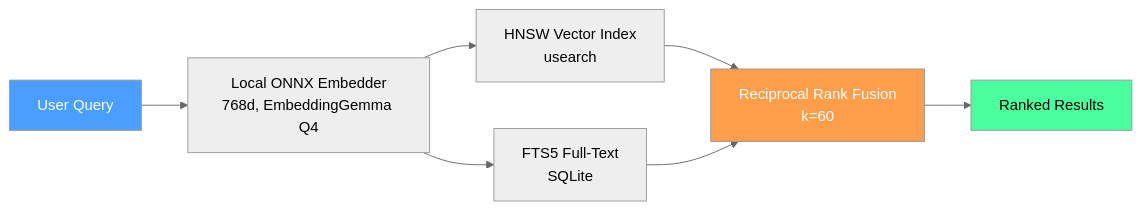
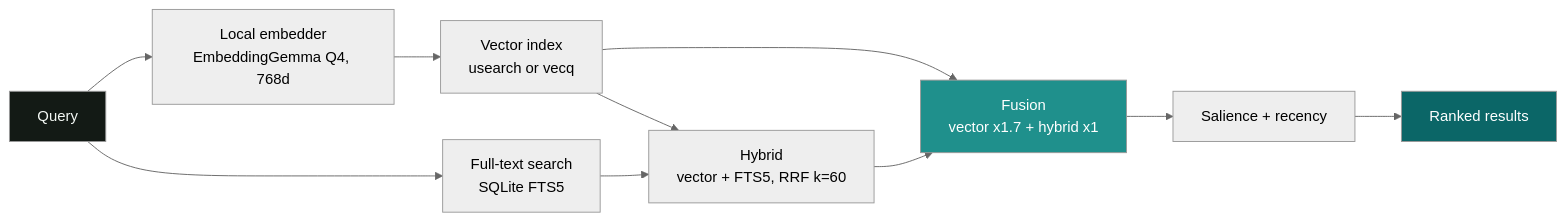
One commit to zqf20096327/dbhub_collect changed the diagram in data/readmes/codecoradev__uteke.md. Above: the diagram before and after it, drawn with Mermaid (neutral theme). The commit also changed other lines of this file and 816 other files, not shown here.

````diff
--- a/data/readmes/codecoradev__uteke.md
+++ b/data/readmes/codecoradev__uteke.md
@@ -231,13 +273,16 @@
 ```mermaid
 graph LR
-    Input[User Query] --> Embed[Local ONNX Embedder<br/>768d, EmbeddingGemma Q4]
-    Embed --> HNSW[HNSW Vector Index<br/>usearch]
-    Embed --> FTS5[FTS5 Full-Text<br/>SQLite]
-    HNSW --> RRF[Reciprocal Rank Fusion<br/>k=60]
-    FTS5 --> RRF
-    RRF --> Results[Ranked Results]
+    Input[Query] --> Embed[Local embedder<br/>EmbeddingGemma Q4, 768d]
+    Input --> FTS5[Full-text search<br/>SQLite FTS5]
+    Embed --> Vec[Vector index<br/>usearch or vecq]
+    Vec --> Hybrid[Hybrid<br/>vector + FTS5, RRF k=60]
+    FTS5 --> Hybrid
+    Vec --> Fusion[Fusion<br/>vector x1.7 + hybrid x1]
+    Hybrid --> Fusion
+    Fusion --> Boost[Salience + recency]
+    Boost --> Results[Ranked results]
 
-    style Input fill:#4a9eff,color:#fff
-    style Results fill:#4aff9e,color:#000
-    style RRF fill:#ff9e4a,color:#fff
+    style Input fill:#131A15,color:#F3F8F4
+    style Fusion fill:#1F908C,color:#fff
+    style Results fill:#0B6667,color:#fff
 ```
````
